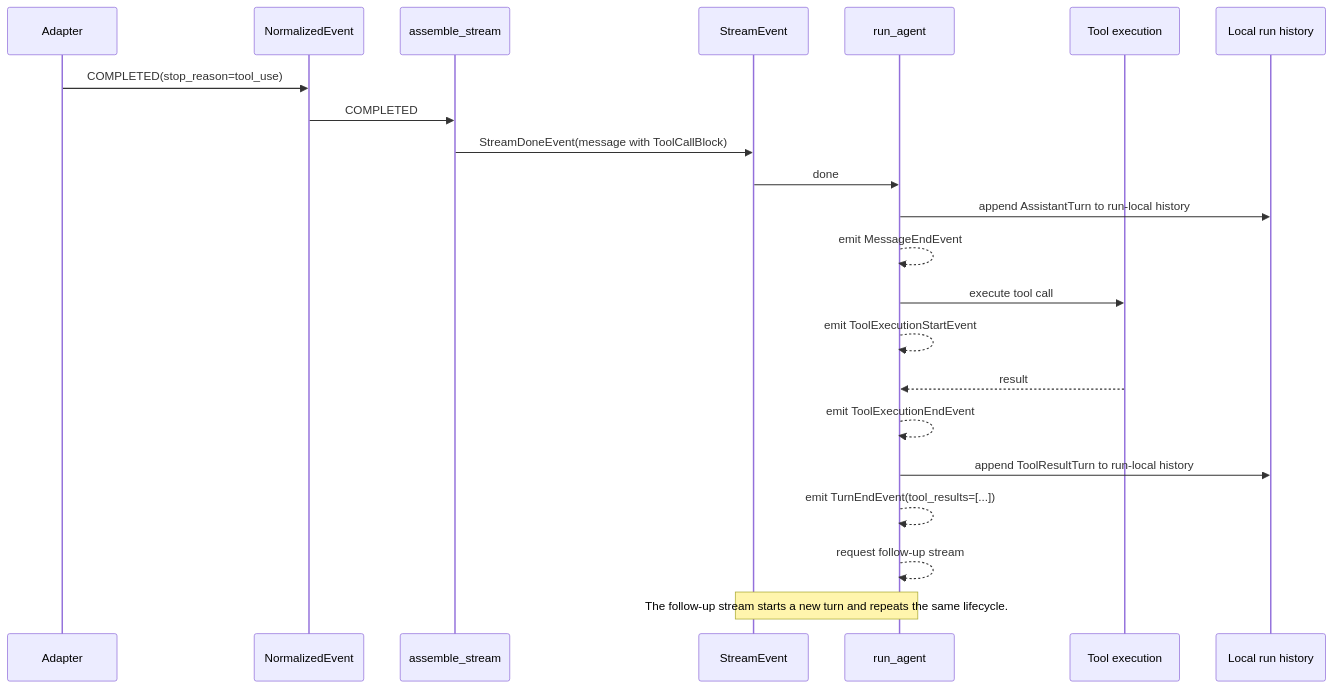
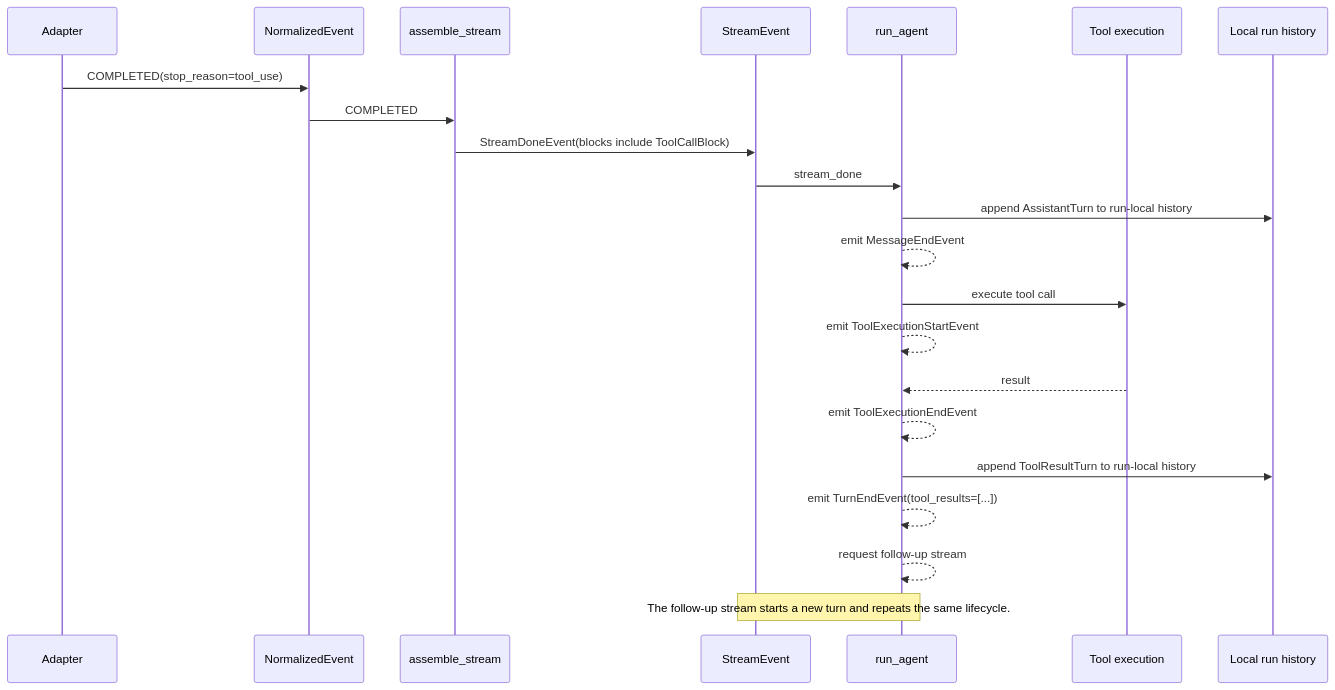
The seventh of 8 diagrams in docs/openai-stream-event-lifecycle.md (muneebshahid/tile), drawn with Mermaid before and after one commit. The commit also changed other lines of this file and 19 other files, not shown here.

First line of the commit message:
[codex] Refactor agent stream event contracts (#5)

````diff
--- a/docs/openai-stream-event-lifecycle.md
+++ b/docs/openai-stream-event-lifecycle.md
@@ -250,25 +246,25 @@
 ```mermaid
 sequenceDiagram
     participant Adapter as Adapter
     participant Norm as NormalizedEvent
     participant Asm as assemble_stream
     participant Stream as StreamEvent
     participant Agent as run_agent
     participant Tool as Tool execution
     participant Hist as Local run history
 
     Adapter->>Norm: COMPLETED(stop_reason=tool_use)
     Norm->>Asm: COMPLETED
-    Asm->>Stream: StreamDoneEvent(message with ToolCallBlock)
-    Stream->>Agent: done
+    Asm->>Stream: StreamDoneEvent(blocks include ToolCallBlock)
+    Stream->>Agent: stream_done
     Agent->>Hist: append AssistantTurn to run-local history
     Agent-->>Agent: emit MessageEndEvent
     Agent->>Tool: execute tool call
     Agent-->>Agent: emit ToolExecutionStartEvent
     Tool-->>Agent: result
     Agent-->>Agent: emit ToolExecutionEndEvent
     Agent->>Hist: append ToolResultTurn to run-local history
     Agent-->>Agent: emit TurnEndEvent(tool_results=[...])
     Agent-->>Agent: request follow-up stream
     Note over Agent,Stream: The follow-up stream starts a new turn and repeats the same lifecycle.
 ```
````
